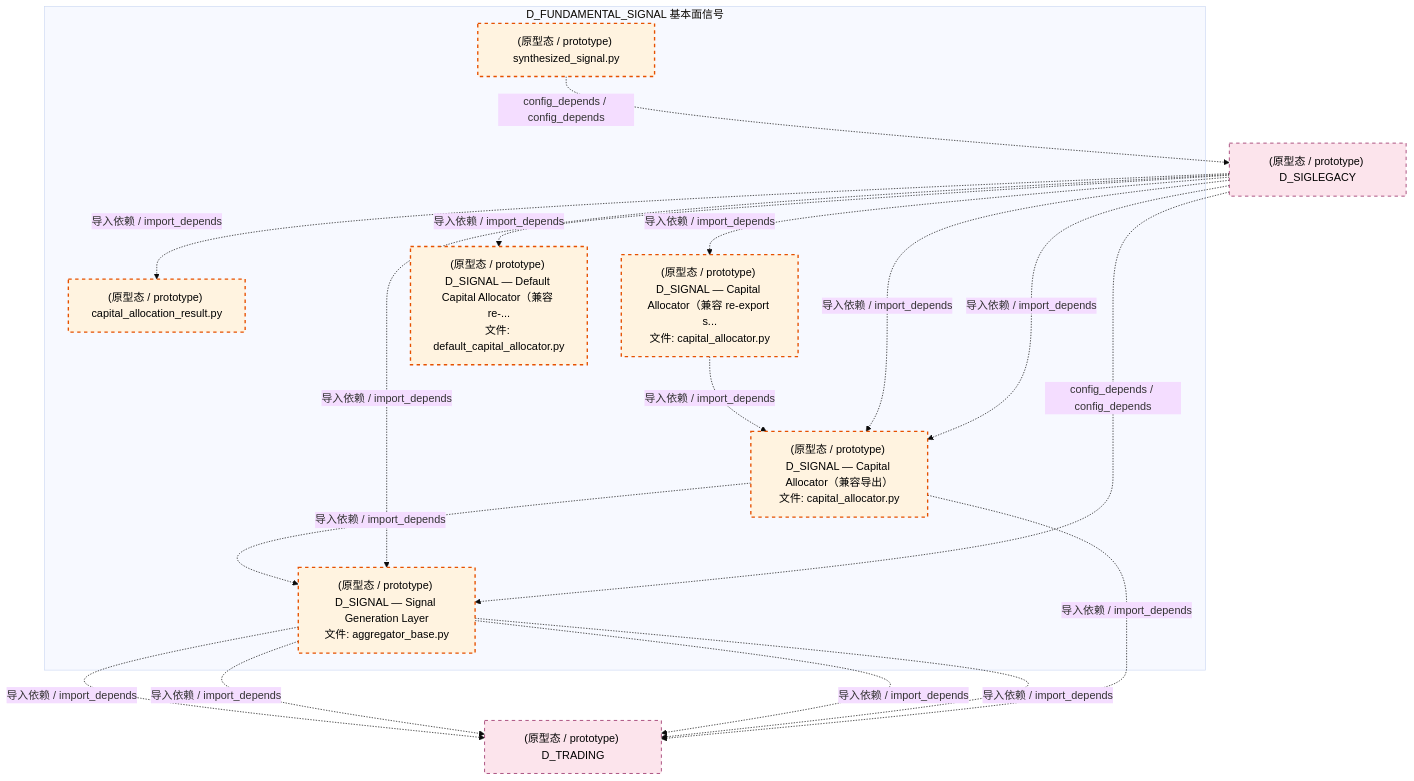
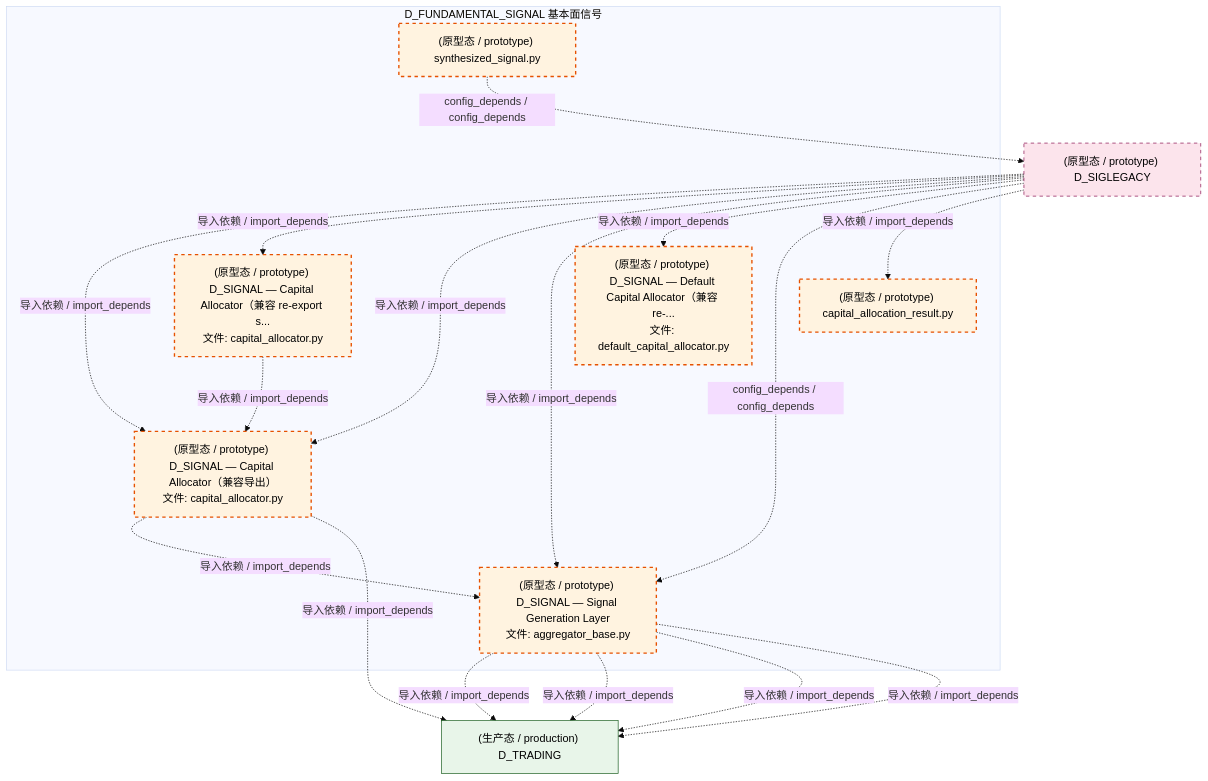
The third of 4 diagrams in docs/02_enterprise_architecture/02_domain_architecture_docs/37_d_fundamental_signal.md (xuanFelixVan/ZephyrAlpha), drawn with Mermaid (base theme) before and after one commit. The commit also changed other lines of this file and 126 other files, not shown here.

````diff
--- a/docs/02_enterprise_architecture/02_domain_architecture_docs/37_d_fundamental_signal.md
+++ b/docs/02_enterprise_architecture/02_domain_architecture_docs/37_d_fundamental_signal.md
@@ -177,34 +177,35 @@
 ```mermaid
 graph TD
     subgraph D_FUNDAMENTAL_SIGNAL["D_FUNDAMENTAL_SIGNAL 基本面信号"]
         src_zephyr_signal_fundamental_capital_capital_allocation_result_py["(原型态 / prototype) capital_allocation_result.py"]
         src_zephyr_signal_fundamental_capital_capital_allocator_py["(原型态 / prototype) D_SIGNAL — Capital Allocator（兼容 re-export s...<br/>文件: capital_allocator.py"]
         src_zephyr_signal_fundamental_capital_default_capital_allocator_py["(原型态 / prototype) D_SIGNAL — Default Capital Allocator（兼容 re-...<br/>文件: default_capital_allocator.py"]
         src_zephyr_signal_fundamental_combiner_synthesized_signal_py["(原型态 / prototype) synthesized_signal.py"]
         src_zephyr_signal_fundamental_gen_aggregator_base_py["(原型态 / prototype) D_SIGNAL — Signal Generation Layer<br/>文件: aggregator_base.py"]
         src_zephyr_signal_fundamental_strategy_capital_allocator_py["(原型态 / prototype) D_SIGNAL — Capital Allocator（兼容导出）<br/>文件: capital_allocator.py"]
     end
     src_zephyr_signal_fundamental_capital_capital_allocator_py -.->|导入依赖 / import_depends| src_zephyr_signal_fundamental_strategy_capital_allocator_py
     src_zephyr_signal_fundamental_strategy_capital_allocator_py -.->|导入依赖 / import_depends| src_zephyr_signal_fundamental_gen_aggregator_base_py
     D_SIGLEGACY["(原型态 / prototype) D_SIGLEGACY"]
     src_zephyr_signal_fundamental_combiner_synthesized_signal_py -.->|config_depends / config_depends| D_SIGLEGACY
-    D_TRADING["(原型态 / prototype) D_TRADING"]
+    D_TRADING["(生产态 / production) D_TRADING"]
     src_zephyr_signal_fundamental_gen_aggregator_base_py -.->|导入依赖 / import_depends| D_TRADING
     src_zephyr_signal_fundamental_gen_aggregator_base_py -.->|导入依赖 / import_depends| D_TRADING
     src_zephyr_signal_fundamental_gen_aggregator_base_py -.->|导入依赖 / import_depends| D_TRADING
     src_zephyr_signal_fundamental_gen_aggregator_base_py -.->|导入依赖 / import_depends| D_TRADING
     src_zephyr_signal_fundamental_strategy_capital_allocator_py -.->|导入依赖 / import_depends| D_TRADING
     D_SIGLEGACY -.->|导入依赖 / import_depends| src_zephyr_signal_fundamental_strategy_capital_allocator_py
-    D_SIGLEGACY -.->|导入依赖 / import_depends| src_zephyr_signal_fundamental_capital_default_capital_allocator_py
+    D_SIGLEGACY -.->|导入依赖 / import_depends| src_zephyr_signal_fundamental_capital_capital_allocator_py
     D_SIGLEGACY -.->|导入依赖 / import_depends| src_zephyr_signal_fundamental_strategy_capital_allocator_py
     D_SIGLEGACY -.->|导入依赖 / import_depends| src_zephyr_signal_fundamental_gen_aggregator_base_py
-    D_SIGLEGACY -.->|导入依赖 / import_depends| src_zephyr_signal_fundamental_capital_capital_allocator_py
+    D_SIGLEGACY -.->|导入依赖 / import_depends| src_zephyr_signal_fundamental_capital_default_capital_allocator_py
+    D_SIGLEGACY -.->|config_depends / config_depends| src_zephyr_signal_fundamental_gen_aggregator_base_py
     D_SIGLEGACY -.->|导入依赖 / import_depends| src_zephyr_signal_fundamental_capital_capital_allocation_result_py
-    D_SIGLEGACY -.->|config_depends / config_depends| src_zephyr_signal_fundamental_gen_aggregator_base_py
     classDef production fill:#e1f5fe,stroke:#01579b,stroke-width:2px,color:#000
     classDef design fill:#fff3e0,stroke:#e65100,stroke-width:2px,color:#000,stroke-dasharray: 5 5
     classDef external_prod fill:#e8f5e9,stroke:#1b5e20,stroke-width:1px,color:#000
     classDef external_design fill:#fce4ec,stroke:#880e4f,stroke-width:1px,color:#000,stroke-dasharray: 5 5
     class src_zephyr_signal_fundamental_capital_capital_allocation_result_py,src_zephyr_signal_fundamental_capital_capital_allocator_py,src_zephyr_signal_fundamental_capital_default_capital_allocator_py,src_zephyr_signal_fundamental_combiner_synthesized_signal_py,src_zephyr_signal_fundamental_gen_aggregator_base_py,src_zephyr_signal_fundamental_strategy_capital_allocator_py design
-    class D_SIGLEGACY,D_TRADING external_design
+    class D_TRADING external_prod
+    class D_SIGLEGACY external_design
 ```
````
